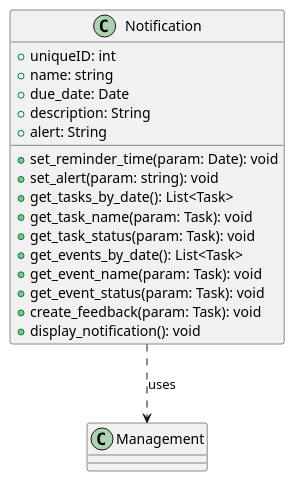
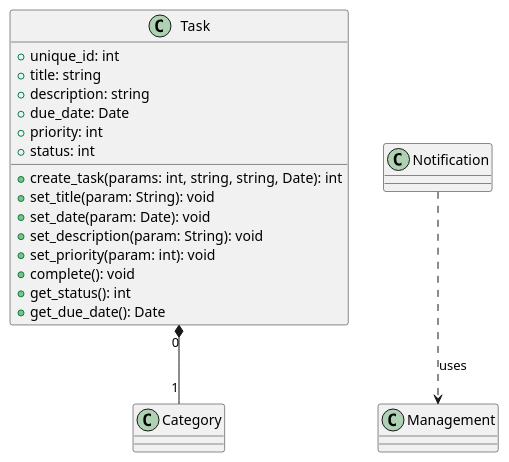
The diagram in assignment6/task.puml (CS361-2024Fall-Term/Innovators), drawn with PlantUML before and after one commit.

Commit message:
Update relations

```diff
--- a/assignment6/task.puml
+++ b/assignment6/task.puml
@@ -1,25 +1,23 @@
 @startuml
 
-class Notification {
-  +uniqueID: int  
-  +name: string
+class Task {
+  +unique_id: int
+  +title: string
+  +description: string
   +due_date: Date
-  +description: String
-  +alert: String
-  
-  +set_reminder_time(param: Date): void
-  +set_alert(param: string): void
-  +get_tasks_by_date(): List<Task>
-  +get_task_name(param: Task): void
-  +get_task_status(param: Task): void
-  +get_events_by_date(): List<Task>
-  +get_event_name(param: Task): void
-  +get_event_status(param: Task): void
-  +create_feedback(param: Task): void
-  +display_notification(): void
+  +priority: int
+  +status: int
+  +create_task(params: int, string, string, Date): int
+  +set_title(param: String): void
+  +set_date(param: Date): void
+  +set_description(param: String): void
+  +set_priority(param: int): void
+  +complete(): void
+  +get_status(): int
+  +get_due_date(): Date
 }
 
 Notification ..> Management: uses
-
+Task "0" *-- "1" Category
 
 @enduml
```
